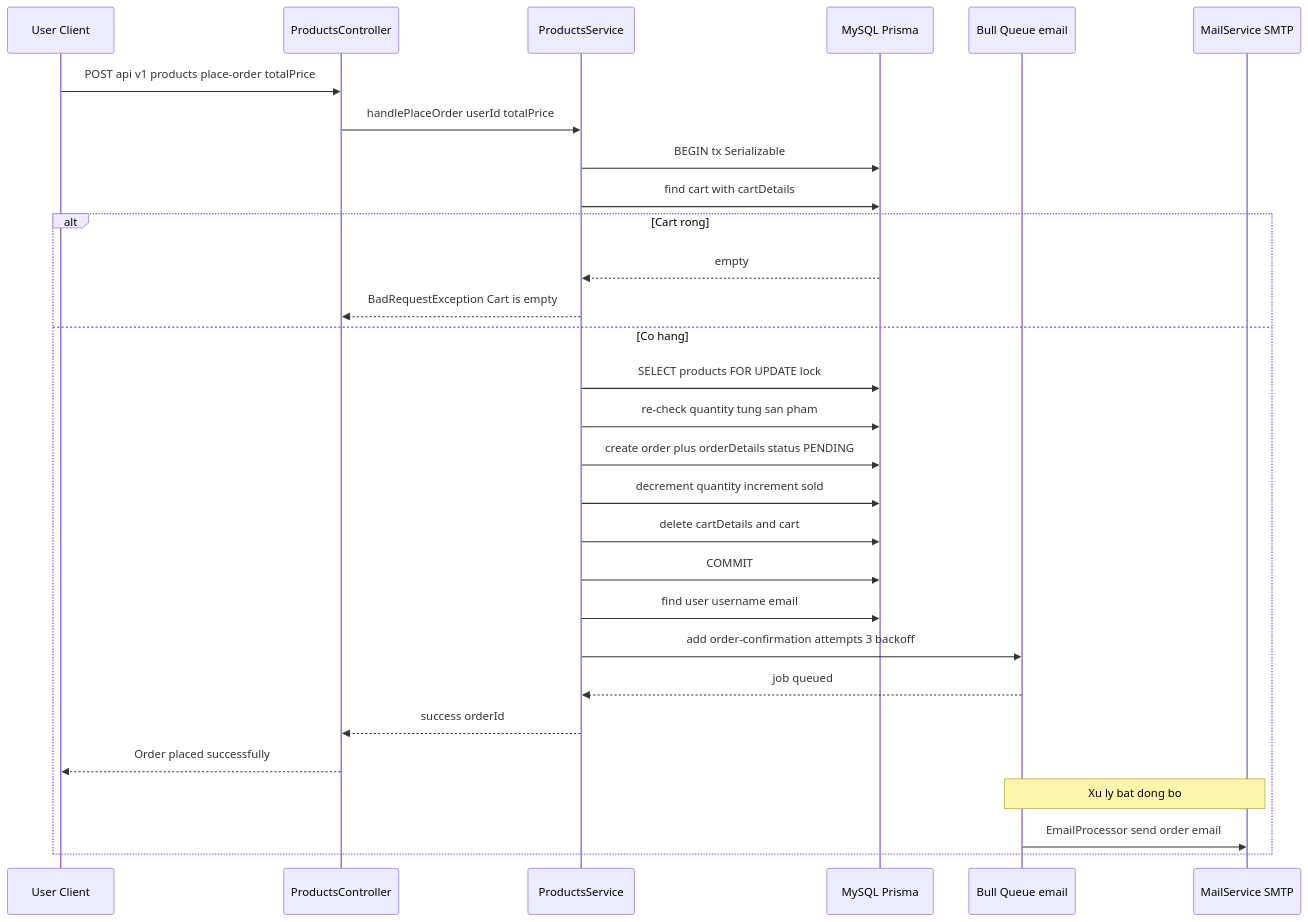
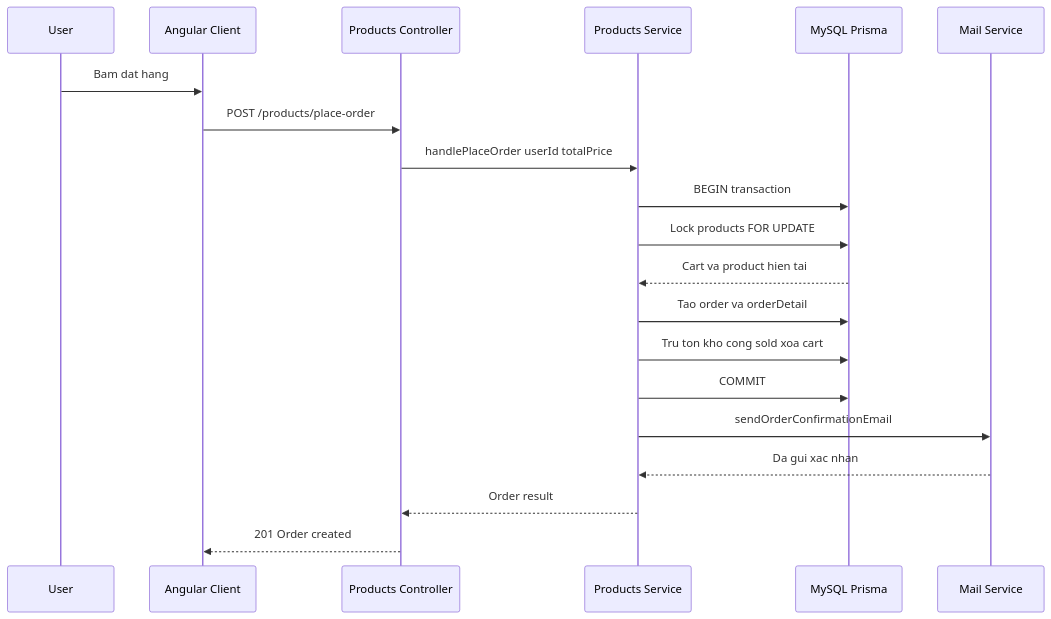
Before and after one commit to nhatnv2-vnext/llm-wiki: the third of 5 diagrams in 02_Wiki/03_Architecture/laptop-shop_Architecture.md, drawn with Mermaid. The commit also changed other lines of this file and 16 other files, not shown here.

````diff
--- a/02_Wiki/03_Architecture/laptop-shop_Architecture.md
+++ b/02_Wiki/03_Architecture/laptop-shop_Architecture.md
@@ -106,32 +112,22 @@
 ```mermaid
 sequenceDiagram
-    participant U as User Client
-    participant C as ProductsController
-    participant S as ProductsService
+    participant U as User
+    participant FE as Angular Client
+    participant API as Products Controller
+    participant SVC as Products Service
     participant DB as MySQL Prisma
-    participant Q as Bull Queue email
-    participant M as MailService SMTP
-
-    U->>C: POST api v1 products place-order totalPrice
-    C->>S: handlePlaceOrder userId totalPrice
-    S->>DB: BEGIN tx Serializable
-    S->>DB: find cart with cartDetails
-    alt Cart rong
-        DB-->>S: empty
-        S-->>C: BadRequestException Cart is empty
-    else Co hang
-        S->>DB: SELECT products FOR UPDATE lock
-        S->>DB: re-check quantity tung san pham
-        S->>DB: create order plus orderDetails status PENDING
-        S->>DB: decrement quantity increment sold
-        S->>DB: delete cartDetails and cart
-        S->>DB: COMMIT
-        S->>DB: find user username email
-        S->>Q: add order-confirmation attempts 3 backoff
-        Q-->>S: job queued
-        S-->>C: success orderId
-        C-->>U: Order placed successfully
-        Note over Q,M: Xu ly bat dong bo
-        Q->>M: EmailProcessor send order email
-    end
+    participant MAIL as Mail Service
+    U->>FE: Bam dat hang
+    FE->>API: POST /products/place-order
+    API->>SVC: handlePlaceOrder userId totalPrice
+    SVC->>DB: BEGIN transaction
+    SVC->>DB: Lock products FOR UPDATE
+    DB-->>SVC: Cart va product hien tai
+    SVC->>DB: Tao order va orderDetail
+    SVC->>DB: Tru ton kho cong sold xoa cart
+    SVC->>DB: COMMIT
+    SVC->>MAIL: sendOrderConfirmationEmail
+    MAIL-->>SVC: Da gui xac nhan
+    SVC-->>API: Order result
+    API-->>FE: 201 Order created
 ```
````
